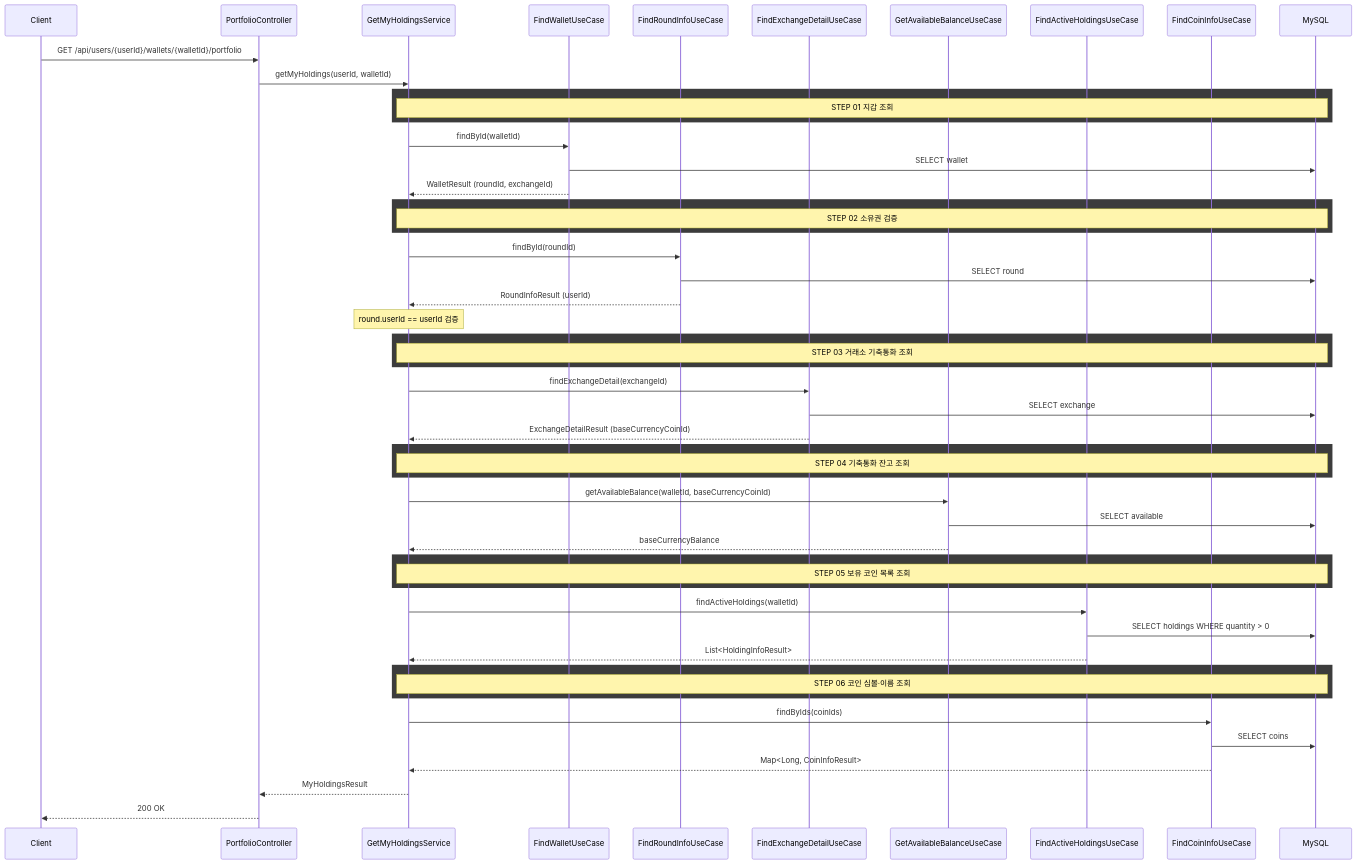
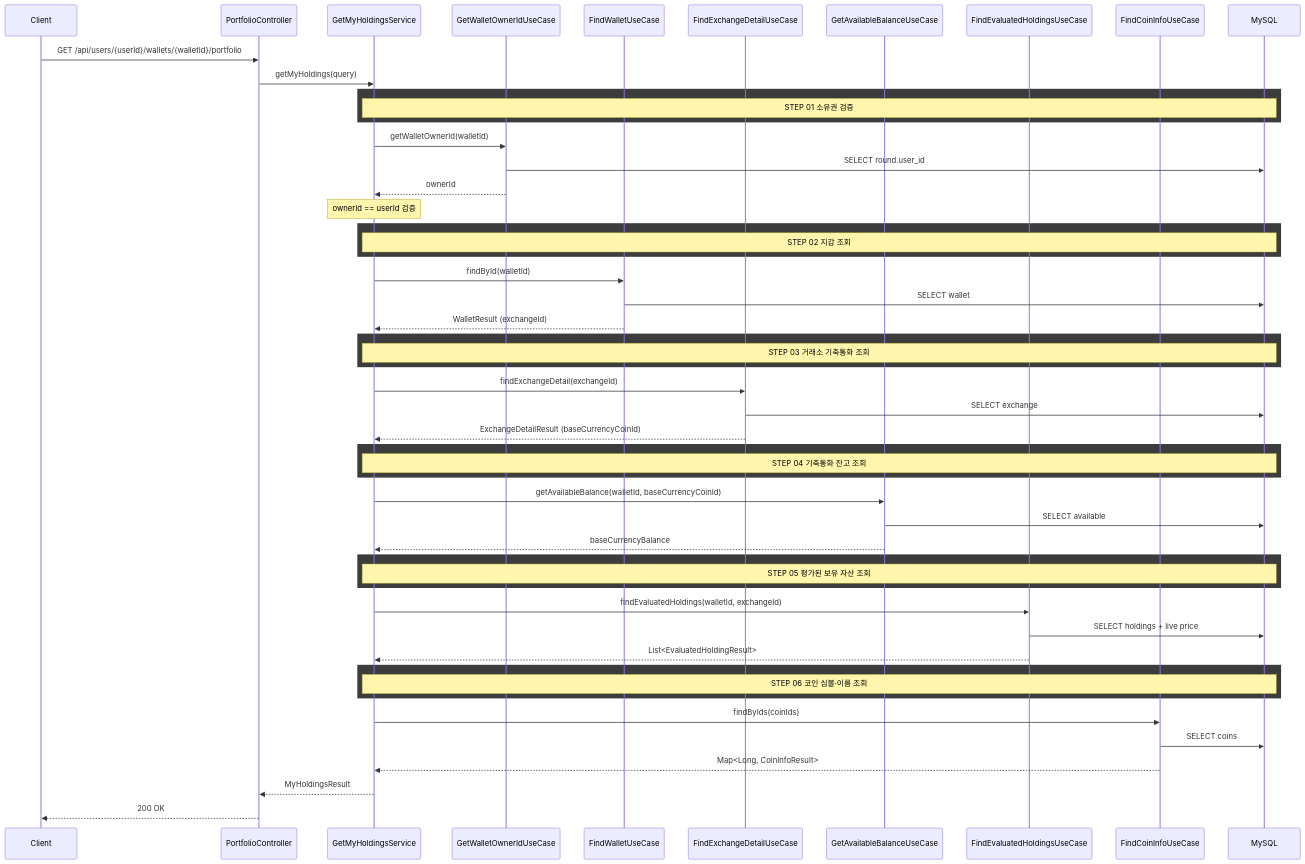
Before and after one commit to kim-se-hee/trypto: the diagram in docs/portfolio/my-holdings.md, drawn with Mermaid. The commit also changed other lines of this file and 7 other files, not shown here.

````diff
--- a/docs/portfolio/my-holdings.md
+++ b/docs/portfolio/my-holdings.md
@@ -130,62 +132,62 @@
 ```mermaid
 sequenceDiagram
     participant Client
     participant Controller as PortfolioController
     participant Service as GetMyHoldingsService
+    participant GetOwnerId as GetWalletOwnerIdUseCase
     participant FindWallet as FindWalletUseCase
-    participant FindRound as FindRoundInfoUseCase
     participant FindExchange as FindExchangeDetailUseCase
     participant GetBalance as GetAvailableBalanceUseCase
-    participant FindHoldings as FindActiveHoldingsUseCase
+    participant FindEvaluated as FindEvaluatedHoldingsUseCase
     participant FindCoinInfo as FindCoinInfoUseCase
     participant MySQL
 
     Client->>Controller: GET /api/users/{userId}/wallets/{walletId}/portfolio
-    Controller->>Service: getMyHoldings(userId, walletId)
+    Controller->>Service: getMyHoldings(query)
 
     rect rgb(60, 60, 60)
-        Note over Service,MySQL: STEP 01 지갑 조회
+        Note over Service,MySQL: STEP 01 소유권 검증
+    end
+    Service->>GetOwnerId: getWalletOwnerId(walletId)
+    GetOwnerId->>MySQL: SELECT round.user_id
+    GetOwnerId-->>Service: ownerId
+    Note over Service: ownerId == userId 검증
+
+    rect rgb(60, 60, 60)
+        Note over Service,MySQL: STEP 02 지갑 조회
     end
     Service->>FindWallet: findById(walletId)
     FindWallet->>MySQL: SELECT wallet
-    FindWallet-->>Service: WalletResult (roundId, exchangeId)
-
-    rect rgb(60, 60, 60)
-        Note over Service,MySQL: STEP 02 소유권 검증
-    end
-    Service->>FindRound: findById(roundId)
-    FindRound->>MySQL: SELECT round
-    FindRound-->>Service: RoundInfoResult (userId)
-    Note over Service: round.userId == userId 검증
+    FindWallet-->>Service: WalletResult (exchangeId)
 
     rect rgb(60, 60, 60)
         Note over Service,MySQL: STEP 03 거래소 기축통화 조회
     end
     Service->>FindExchange: findExchangeDetail(exchangeId)
     FindExchange->>MySQL: SELECT exchange
     FindExchange-->>Service: ExchangeDetailResult (baseCurrencyCoinId)
 
     rect rgb(60, 60, 60)
         Note over Service,MySQL: STEP 04 기축통화 잔고 조회
     end
     Service->>GetBalance: getAvailableBalance(walletId, baseCurrencyCoinId)
     GetBalance->>MySQL: SELECT available
     GetBalance-->>Service: baseCurrencyBalance
 
     rect rgb(60, 60, 60)
-        Note over Service,MySQL: STEP 05 보유 코인 목록 조회
+        Note over Service,MySQL: STEP 05 평가된 보유 자산 조회
     end
-    Service->>FindHoldings: findActiveHoldings(walletId)
-    FindHoldings->>MySQL: SELECT holdings WHERE quantity > 0
-    FindHoldings-->>Service: List<HoldingInfoResult>
+    Service->>FindEvaluated: findEvaluatedHoldings(walletId, exchangeId)
+    FindEvaluated->>MySQL: SELECT holdings + live price
+    FindEvaluated-->>Service: List<EvaluatedHoldingResult>
 
     rect rgb(60, 60, 60)
         Note over Service,MySQL: STEP 06 코인 심볼·이름 조회
     end
     Service->>FindCoinInfo: findByIds(coinIds)
     FindCoinInfo->>MySQL: SELECT coins
     FindCoinInfo-->>Service: Map<Long, CoinInfoResult>
 
     Service-->>Controller: MyHoldingsResult
     Controller-->>Client: 200 OK
 ```
````
